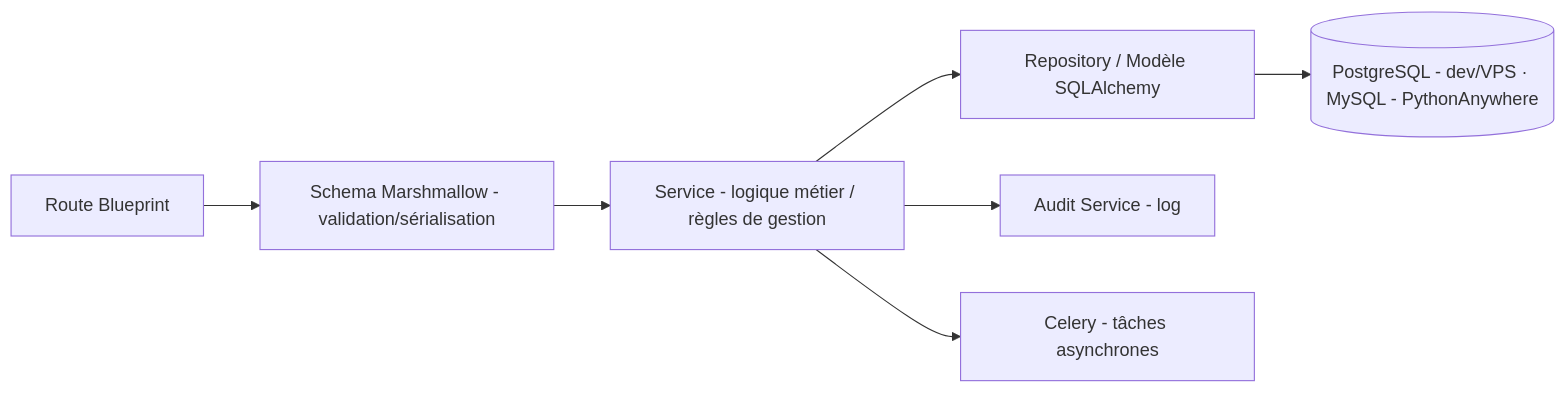
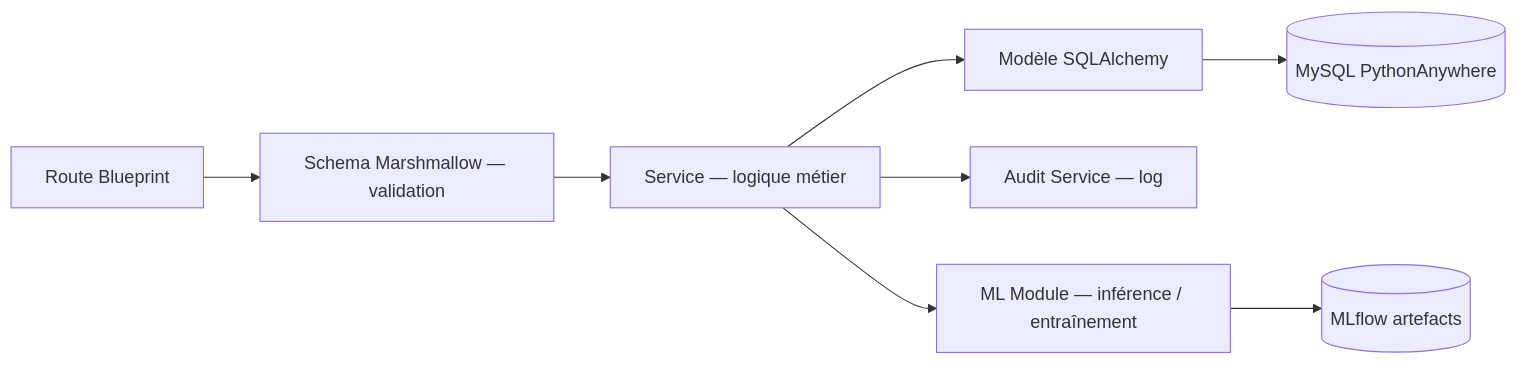
Before and after one commit to MannuPy/Gec_com: the diagram in docs/09-BACKEND-FLASK.md, drawn with Mermaid. The commit also changed other lines of this file and 88 other files, not shown here.

````diff
--- a/docs/09-BACKEND-FLASK.md
+++ b/docs/09-BACKEND-FLASK.md
@@ -76,9 +232,10 @@
 ```mermaid
 flowchart LR
-    A[Route Blueprint] --> B[Schema Marshmallow - validation/sérialisation]
-    B --> C[Service - logique métier / règles de gestion]
-    C --> D[Repository / Modèle SQLAlchemy]
-    D --> E[(PostgreSQL - dev/VPS · MySQL - PythonAnywhere)]
-    C --> F[Audit Service - log]
-    C --> G[Celery - tâches asynchrones]
+    A[Route Blueprint] --> B[Schema Marshmallow — validation]
+    B --> C[Service — logique métier]
+    C --> D[Modèle SQLAlchemy]
+    D --> E[(MySQL PythonAnywhere)]
+    C --> F[Audit Service — log]
+    C --> G[ML Module — inférence / entraînement]
+    G --> H[(MLflow artefacts)]
 ```
````
